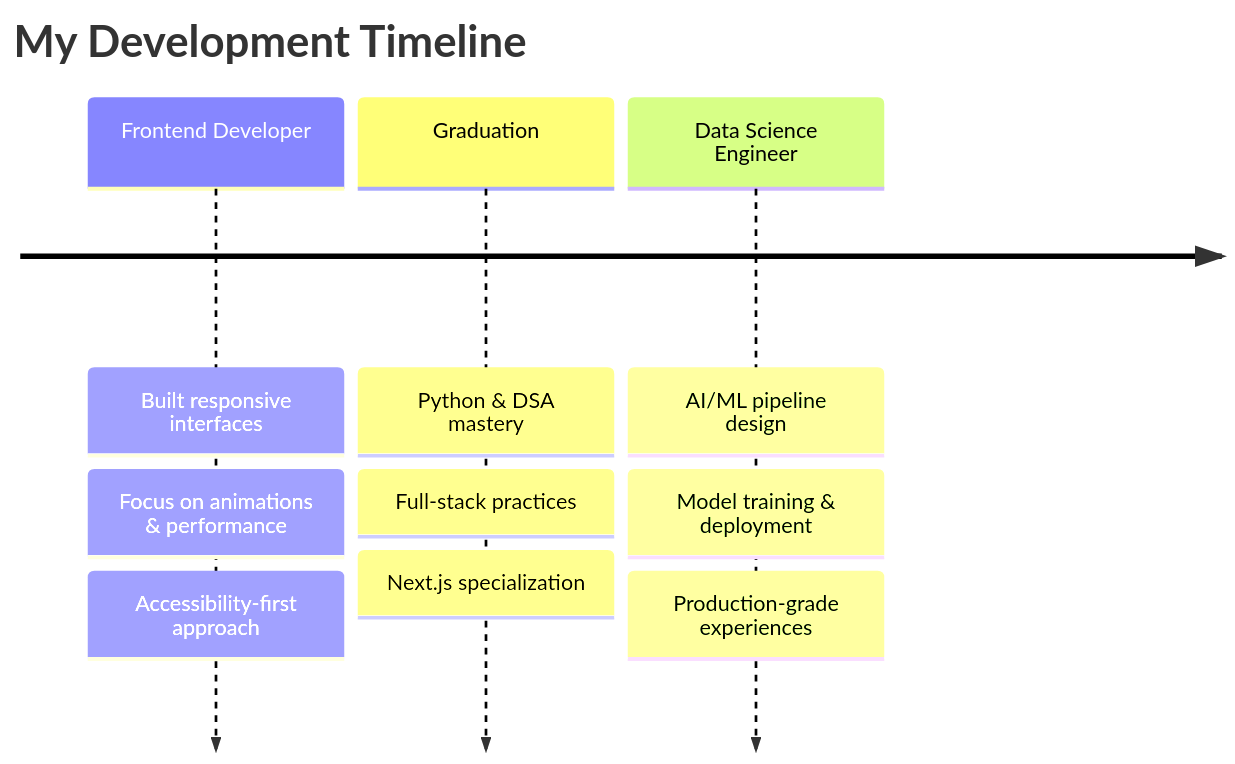
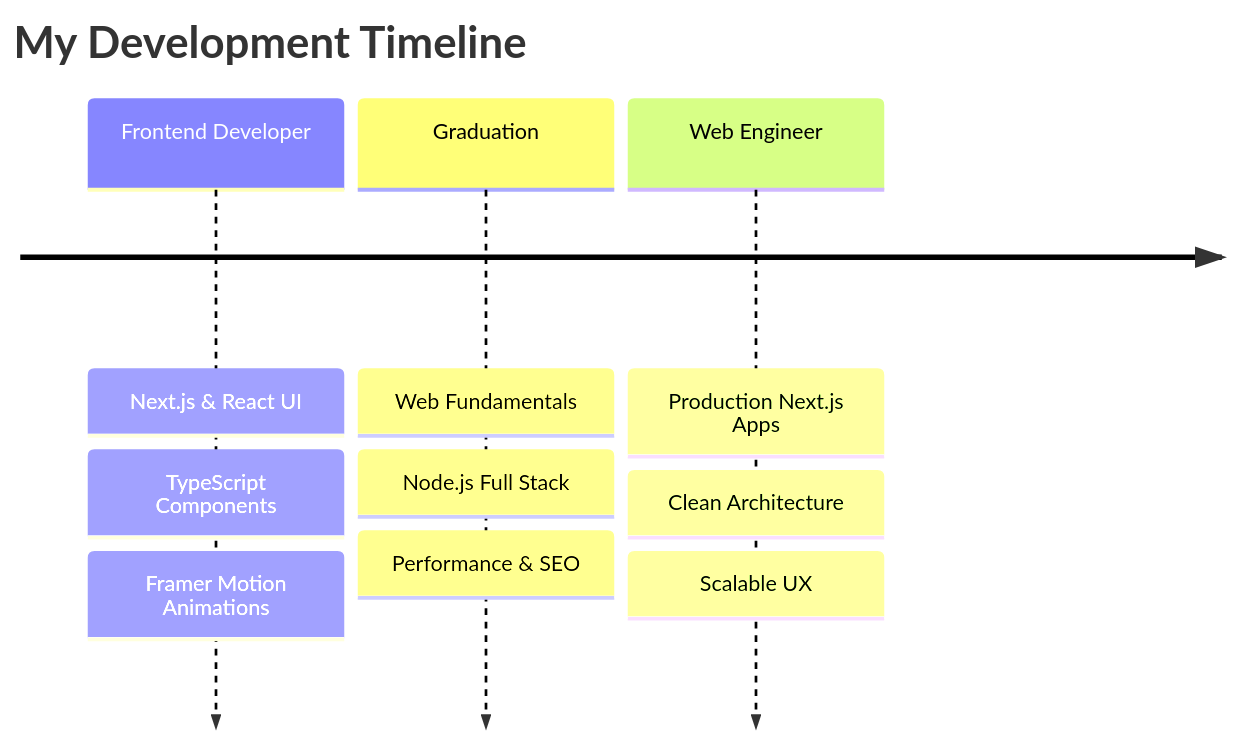
The diagram in README.md (devsujandas/devsujandas), drawn with Mermaid before and after one commit.

Commit message:
Update development timeline in README.md

````diff
--- a/README.md
+++ b/README.md
@@ -64,16 +64,17 @@
 ```mermaid
 timeline
     title My Development Timeline
     
-    Frontend Developer    : Built responsive interfaces
-                          : Focus on animations & performance
-                          : Accessibility-first approach
+    Frontend Developer    : Next.js & React UI
+                          : TypeScript Components
+                          : Framer Motion Animations
     
-    Graduation       : Python & DSA mastery
-                         : Full-stack practices
-                         : Next.js specialization
+    Graduation            : Web Fundamentals
+                          : Node.js Full Stack
+                          : Performance & SEO
     
-    Data Science Engineer : AI/ML pipeline design
-                          : Model training & deployment
-                          : Production-grade experiences
+    Web Engineer          : Production Next.js Apps
+                          : Clean Architecture
+                          : Scalable UX
+
 ```
````
